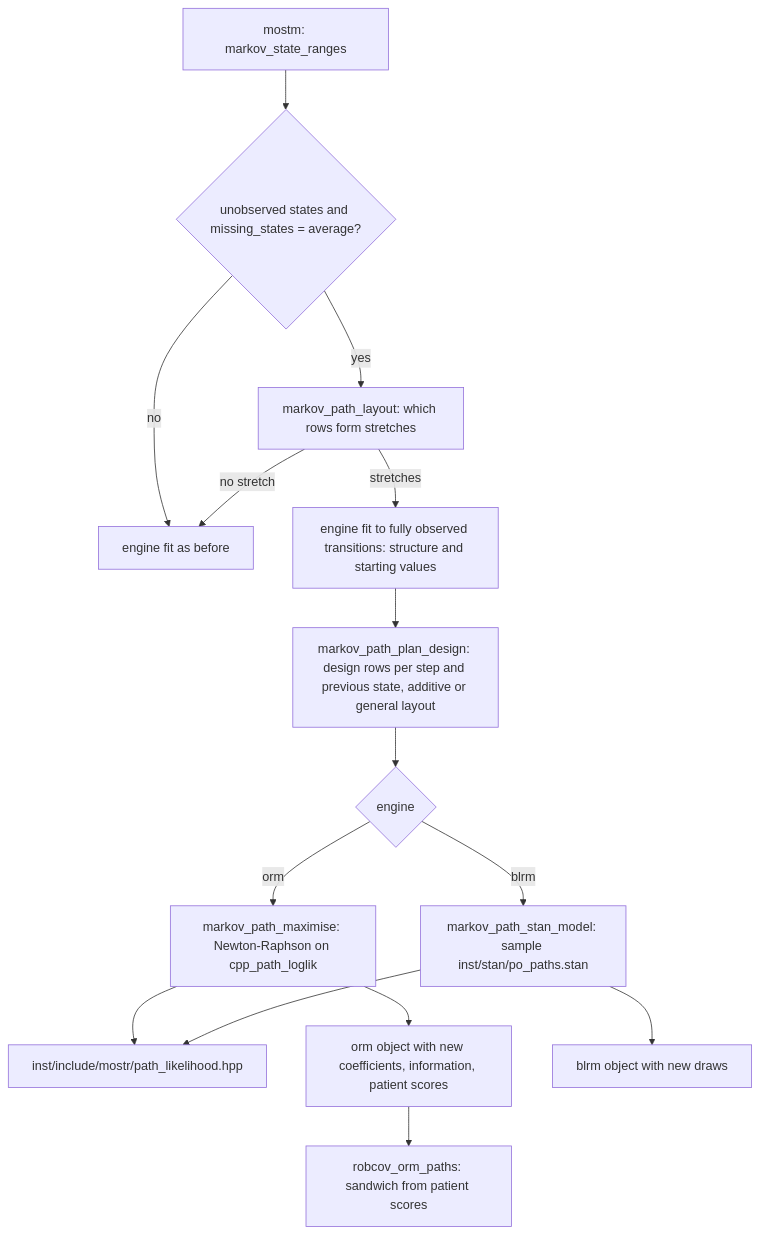
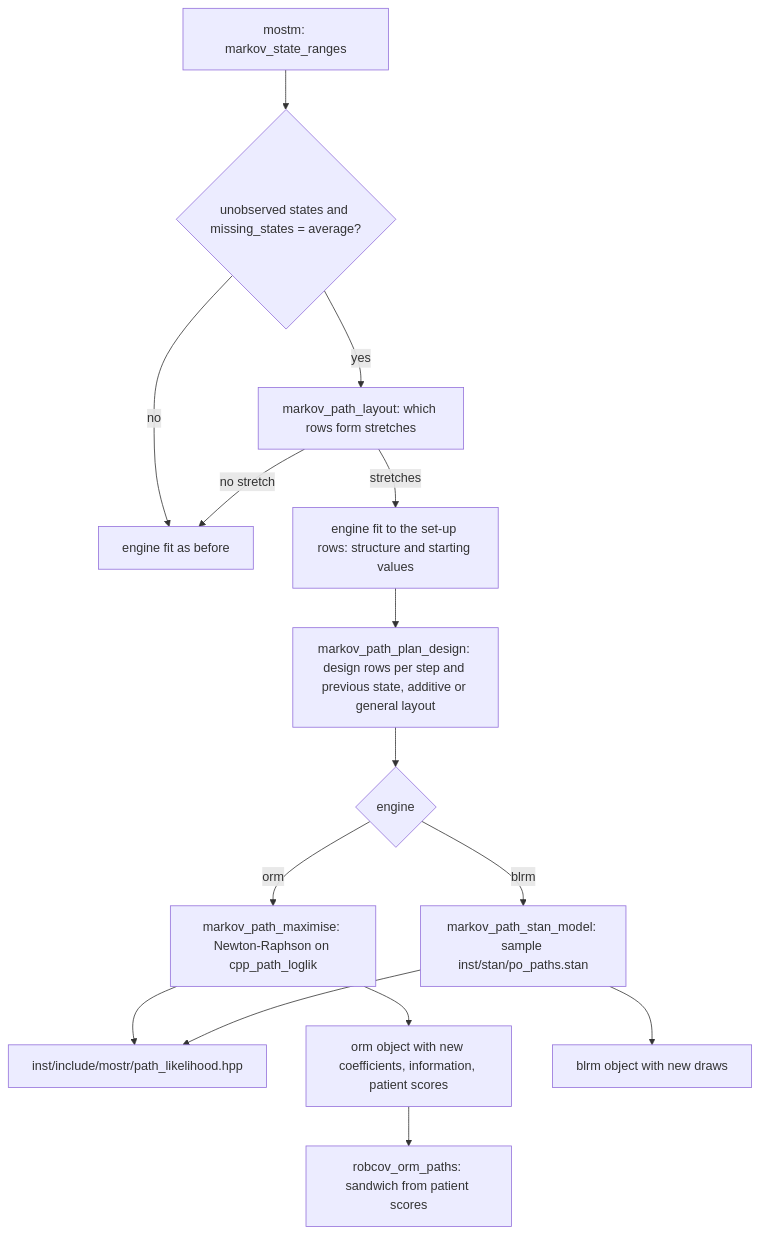
The third of 5 diagrams in ARCHITECTURE.md (scjohannes/mostr), drawn with Mermaid before and after one commit. The commit also changed other lines of this file and 11 other files, not shown here.

````diff
--- a/ARCHITECTURE.md
+++ b/ARCHITECTURE.md
@@ -554,17 +554,17 @@
 ```mermaid
 flowchart TD
     A[mostm: markov_state_ranges] --> B{unobserved states and missing_states = average?}
     B -->|no| C[engine fit as before]
     B -->|yes| L[markov_path_layout: which rows form stretches]
     L -->|no stretch| C
-    L -->|stretches| D[engine fit to fully observed transitions: structure and starting values]
+    L -->|stretches| D[engine fit to the set-up rows: structure and starting values]
     D --> E[markov_path_plan_design: design rows per step and previous state, additive or general layout]
     E --> F{engine}
     F -->|orm| G[markov_path_maximise: Newton-Raphson on cpp_path_loglik]
     F -->|blrm| H[markov_path_stan_model: sample inst/stan/po_paths.stan]
     G --> P[inst/include/mostr/path_likelihood.hpp]
     H --> P
     G --> I[orm object with new coefficients, information, patient scores]
     H --> J[blrm object with new draws]
     I --> K[robcov_orm_paths: sandwich from patient scores]
 ```
````
